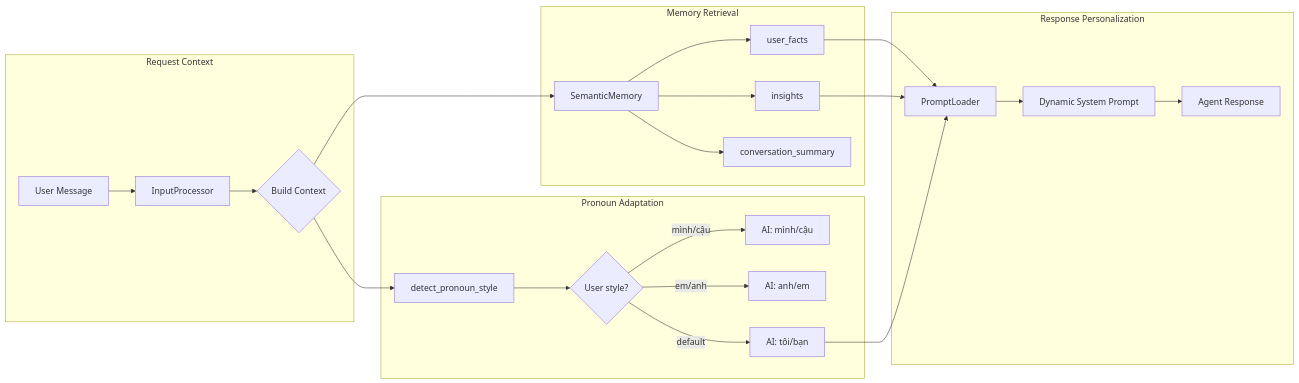
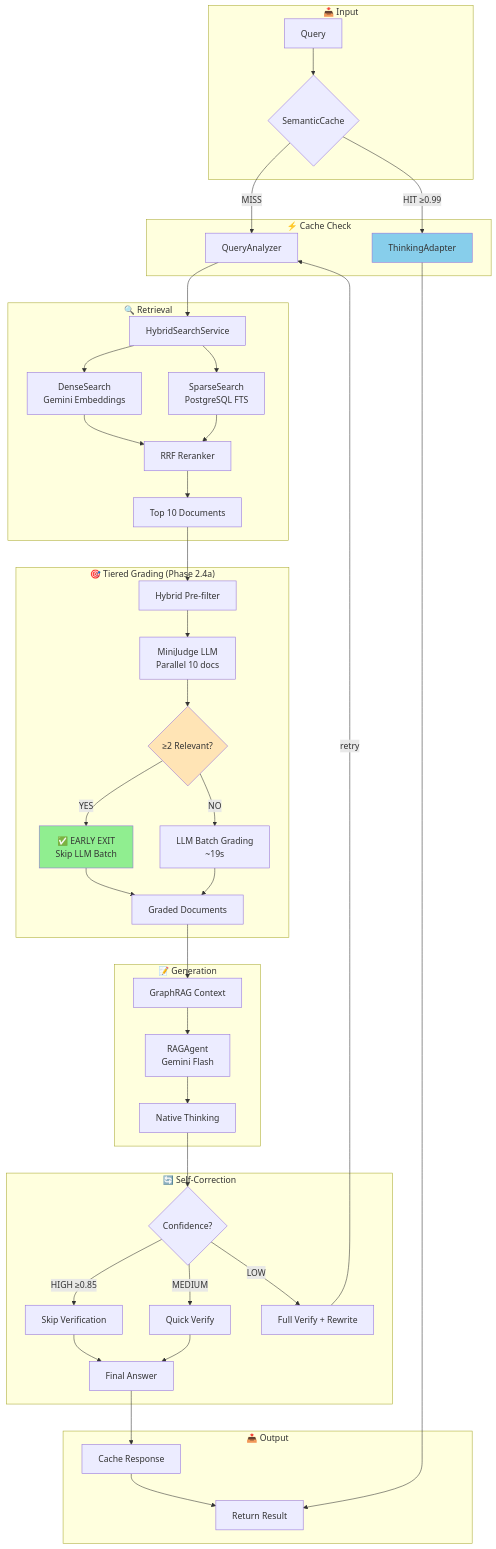
One commit to meiiie/LMS_AI changed the third of 6 diagrams in docs/architecture/SYSTEM_FLOW.md. Above: the diagram before and after it, drawn with Mermaid. The commit also changed other lines of this file and 14 other files, not shown here.

````diff
--- a/docs/architecture/SYSTEM_FLOW.md
+++ b/docs/architecture/SYSTEM_FLOW.md
@@ -104,30 +132,56 @@
 ```mermaid
-flowchart LR
-    subgraph Input["Request Context"]
-        A[User Message] --> B[InputProcessor]
-        B --> C{Build Context}
+flowchart TB
+    subgraph Input["📥 Input"]
+        A[Query] --> B{SemanticCache}
     end
     
-    subgraph Retrieval["Memory Retrieval"]
-        C --> D[SemanticMemory]
-        D --> E[user_facts]
-        D --> F[insights]
-        D --> G[conversation_summary]
+    subgraph CacheCheck["⚡ Cache Check"]
+        B --> |HIT ≥0.99| C[ThinkingAdapter]
+        B --> |MISS| D[QueryAnalyzer]
     end
     
-    subgraph Pronoun["Pronoun Adaptation"]
-        C --> H[detect_pronoun_style]
-        H --> I{User style?}
-        I --> |mình/cậu| J["AI: mình/cậu"]
-        I --> |em/anh| K["AI: anh/em"]
-        I --> |default| L["AI: tôi/bạn"]
+    subgraph Retrieval["🔍 Retrieval"]
+        D --> E[HybridSearchService]
+        E --> F[DenseSearch<br/>Gemini Embeddings]
+        E --> G[SparseSearch<br/>PostgreSQL FTS]
+        F --> H[RRF Reranker]
+        G --> H
+        H --> I[Top 10 Documents]
     end
     
-    subgraph Output["Response Personalization"]
-        E --> M[PromptLoader]
-        F --> M
-        L --> M
-        M --> N[Dynamic System Prompt]
-        N --> O[Agent Response]
+    subgraph Grading["🎯 Tiered Grading (Phase 2.4a)"]
+        I --> J[Hybrid Pre-filter]
+        J --> K[MiniJudge LLM<br/>Parallel 10 docs]
+        K --> L{≥2 Relevant?}
+        L --> |YES| M[✅ EARLY EXIT<br/>Skip LLM Batch]
+        L --> |NO| N[LLM Batch Grading<br/>~19s]
+        M --> O[Graded Documents]
+        N --> O
     end
+    
+    subgraph Generation["📝 Generation"]
+        O --> P[GraphRAG Context]
+        P --> Q[RAGAgent<br/>Gemini Flash]
+        Q --> R[Native Thinking]
+    end
+    
+    subgraph Reflection["🔄 Self-Correction"]
+        R --> S{Confidence?}
+        S --> |HIGH ≥0.85| T[Skip Verification]
+        S --> |MEDIUM| U[Quick Verify]
+        S --> |LOW| V[Full Verify + Rewrite]
+        T --> W[Final Answer]
+        U --> W
+        V --> |retry| D
+    end
+    
+    subgraph Output["📤 Output"]
+        W --> X[Cache Response]
+        X --> Y[Return Result]
+        C --> Y
+    end
+    
+    style M fill:#90EE90
+    style L fill:#FFE4B5
+    style C fill:#87CEEB
 ```
````
